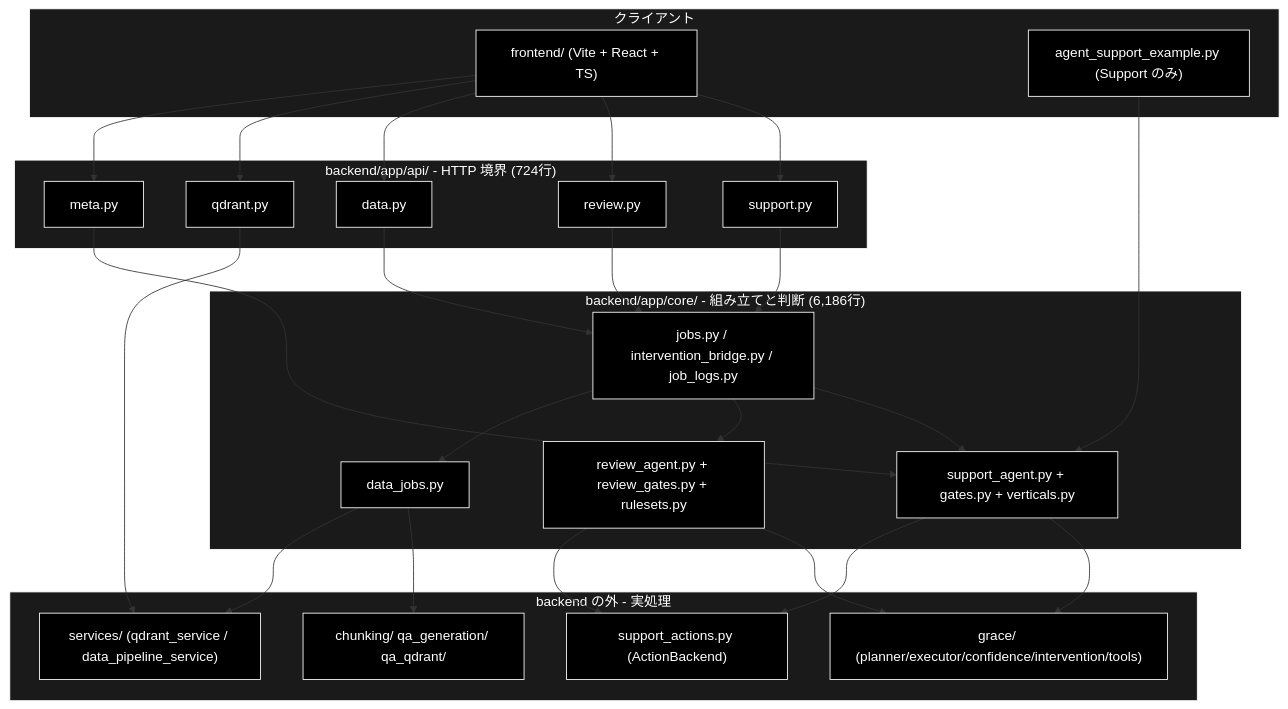
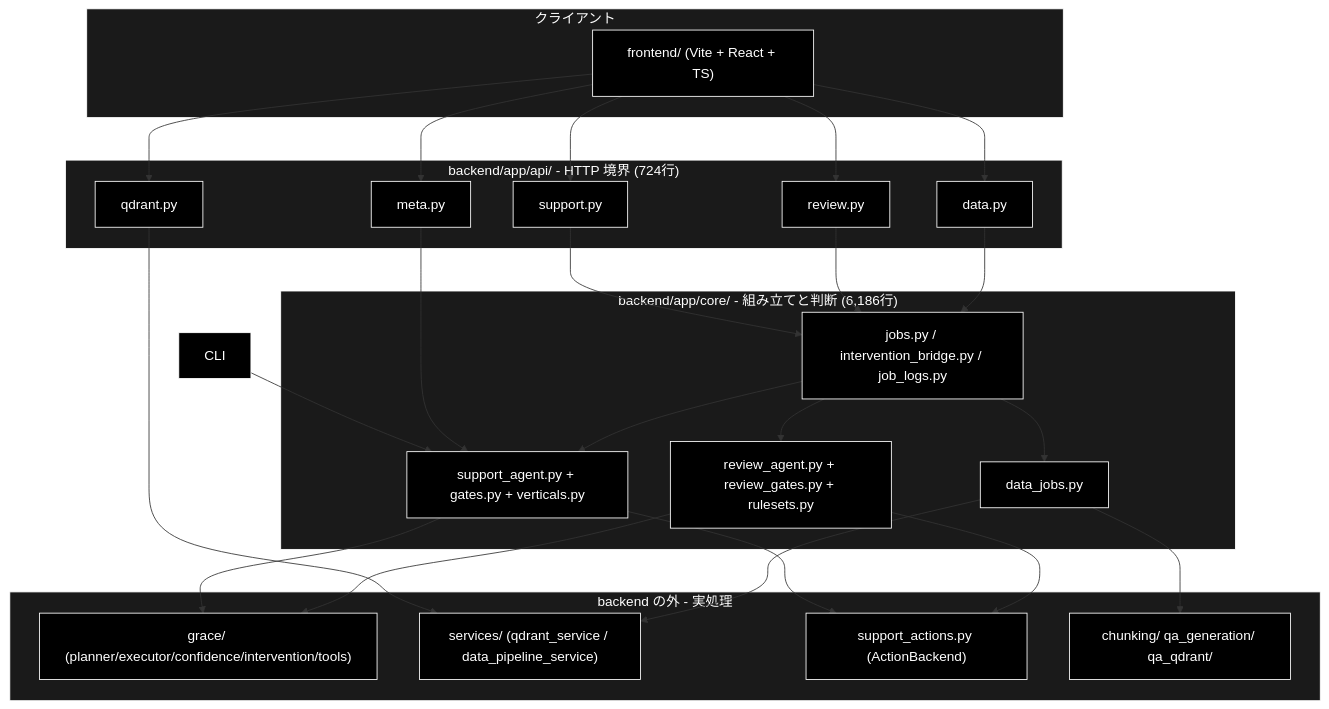
Before and after one commit to nakashima2toshio/grace_v2: the first of 3 diagrams in backend/docs/architecture.md, drawn with Mermaid. The commit also changed other lines of this file and 50 other files, not shown here.

````diff
--- a/backend/docs/architecture.md
+++ b/backend/docs/architecture.md
@@ -54,53 +54,52 @@
 ```mermaid
 flowchart TB
     subgraph Client["クライアント"]
         FE["frontend/ (Vite + React + TS)"]
-        CLI["agent_support_example.py (Support のみ)"]
     end
     subgraph Api["backend/app/api/ - HTTP 境界 (724行)"]
         ApiSupport["support.py"]
         ApiReview["review.py"]
         ApiData["data.py"]
         ApiQdrant["qdrant.py"]
         ApiMeta["meta.py"]
     end
     subgraph Core["backend/app/core/ - 組み立てと判断 (6,186行)"]
         Runtime["jobs.py / intervention_bridge.py / job_logs.py"]
         SupportCore["support_agent.py + gates.py + verticals.py"]
         ReviewCore["review_agent.py + review_gates.py + rulesets.py"]
         DataCore["data_jobs.py"]
     end
     subgraph Outside["backend の外 - 実処理"]
         Grace["grace/ (planner/executor/confidence/intervention/tools)"]
         Services["services/ (qdrant_service / data_pipeline_service)"]
         Actions["support_actions.py (ActionBackend)"]
         Pipes["chunking/ qa_generation/ qa_qdrant/"]
     end
     FE --> ApiSupport
     FE --> ApiReview
     FE --> ApiData
     FE --> ApiQdrant
     FE --> ApiMeta
     CLI --> SupportCore
     ApiSupport --> Runtime
     ApiReview --> Runtime
     ApiData --> Runtime
     ApiQdrant --> Services
     ApiMeta --> SupportCore
     Runtime --> SupportCore
     Runtime --> ReviewCore
     Runtime --> DataCore
     SupportCore --> Grace
     SupportCore --> Actions
     ReviewCore --> Grace
     ReviewCore --> Actions
     DataCore --> Pipes
     DataCore --> Services
 classDef default fill:#000,stroke:#fff,color:#fff
 classDef subgraphStyle fill:#1a1a1a,stroke:#fff,color:#fff
 class FE,CLI,ApiSupport,ApiReview,ApiData,ApiQdrant,ApiMeta,Runtime,SupportCore,ReviewCore,DataCore,Grace,Services,Actions,Pipes default
 style Client fill:#1a1a1a,stroke:#fff,color:#fff
 style Api fill:#1a1a1a,stroke:#fff,color:#fff
 style Core fill:#1a1a1a,stroke:#fff,color:#fff
 style Outside fill:#1a1a1a,stroke:#fff,color:#fff
 ```
````
